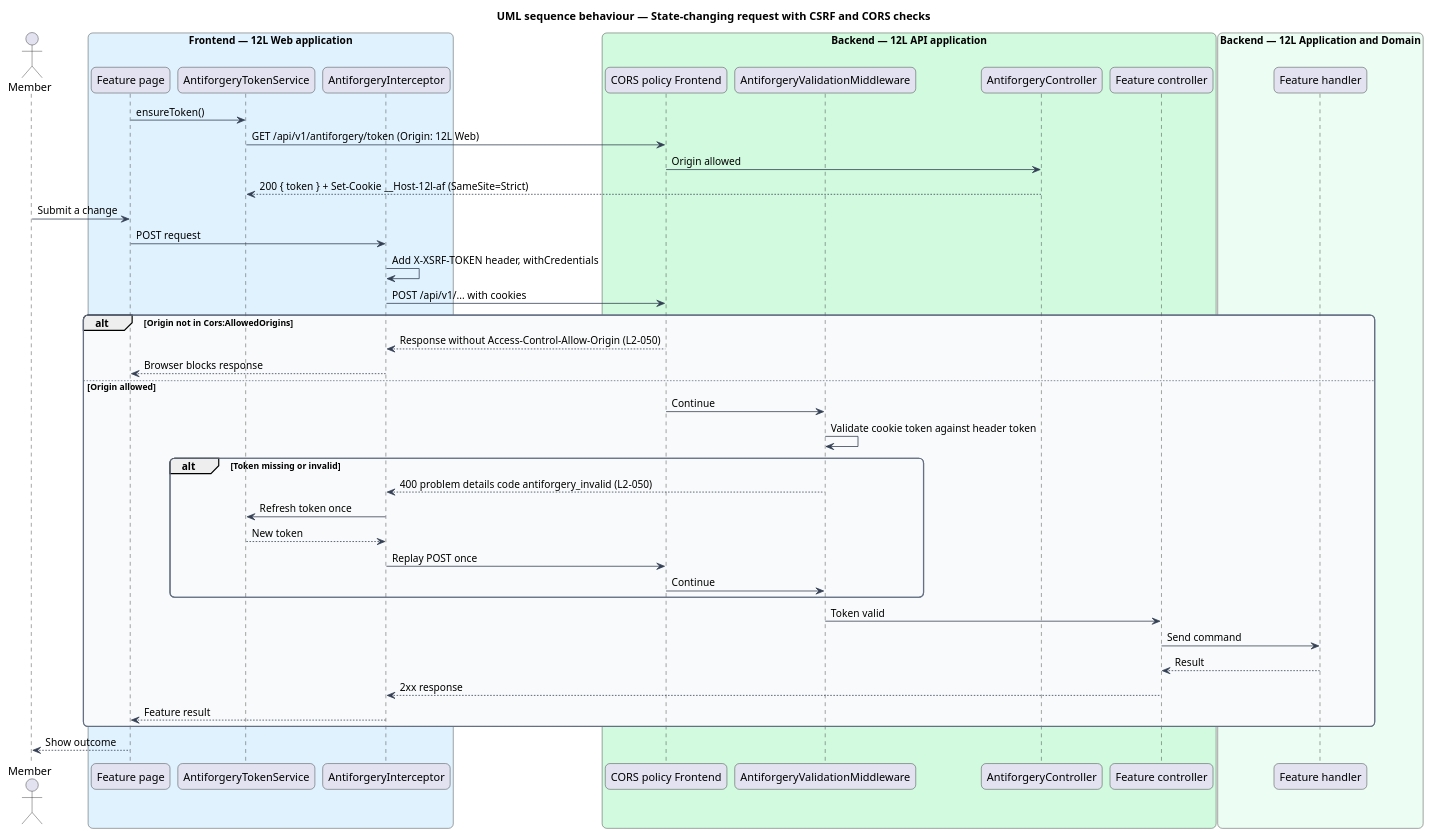
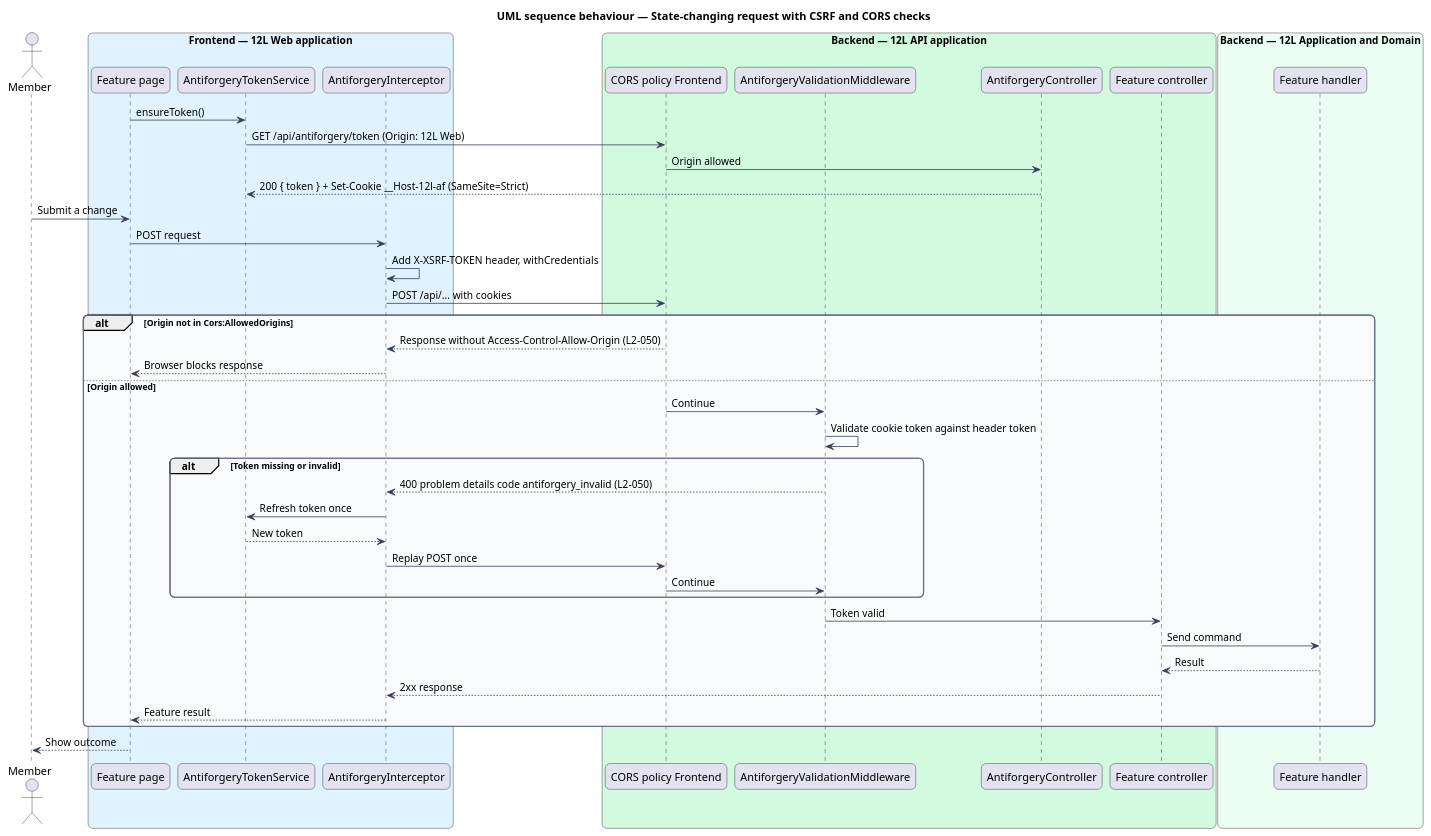
Before and after one commit to QuinntyneBrown/12l: the diagram in docs/detailed-designs/platform/harden-http-and-api/diagrams/sequence-csrf-and-cors.puml, drawn with PlantUML. The commit also changed 28 other files, not shown here.

```diff
--- a/docs/detailed-designs/platform/harden-http-and-api/diagrams/sequence-csrf-and-cors.puml
+++ b/docs/detailed-designs/platform/harden-http-and-api/diagrams/sequence-csrf-and-cors.puml
@@ -1,60 +1,60 @@
 @startuml
 title UML sequence behaviour — State-changing request with CSRF and CORS checks
 skinparam backgroundColor #FFFFFF
 skinparam shadowing false
 skinparam roundcorner 12
 skinparam defaultFontName Arial
 skinparam ArrowColor #344054
 skinparam rectangle {
   BorderColor #344054
   FontColor #101828
 }
 skinparam package {
   BorderColor #667085
   FontColor #101828
   BackgroundColor #F9FAFB
 }
 actor "Member" as actor
 box "Frontend — 12L Web application" #E0F2FE
   participant "Feature page" as page
   participant "AntiforgeryTokenService" as tokens
   participant "AntiforgeryInterceptor" as afi
 end box
 box "Backend — 12L API application" #D1FADF
   participant "CORS policy Frontend" as cors
   participant "AntiforgeryValidationMiddleware" as afm
   participant "AntiforgeryController" as afc
   participant "Feature controller" as ctrl
 end box
 box "Backend — 12L Application and Domain" #ECFDF3
   participant "Feature handler" as handler
 end box
 page -> tokens : ensureToken()
-tokens -> cors : GET /api/v1/antiforgery/token (Origin: 12L Web)
+tokens -> cors : GET /api/antiforgery/token (Origin: 12L Web)
 cors -> afc : Origin allowed
 afc --> tokens : 200 { token } + Set-Cookie __Host-12l-af (SameSite=Strict)
 actor -> page : Submit a change
 page -> afi : POST request
 afi -> afi : Add X-XSRF-TOKEN header, withCredentials
-afi -> cors : POST /api/v1/... with cookies
+afi -> cors : POST /api/... with cookies
 alt Origin not in Cors:AllowedOrigins
   cors --> afi : Response without Access-Control-Allow-Origin (L2-050)
   afi --> page : Browser blocks response
 else Origin allowed
   cors -> afm : Continue
   afm -> afm : Validate cookie token against header token
   alt Token missing or invalid
     afm --> afi : 400 problem details code antiforgery_invalid (L2-050)
     afi -> tokens : Refresh token once
     tokens --> afi : New token
     afi -> cors : Replay POST once
     cors -> afm : Continue
   end
   afm -> ctrl : Token valid
   ctrl -> handler : Send command
   handler --> ctrl : Result
   ctrl --> afi : 2xx response
   afi --> page : Feature result
 end
 page --> actor : Show outcome
 @enduml
```
